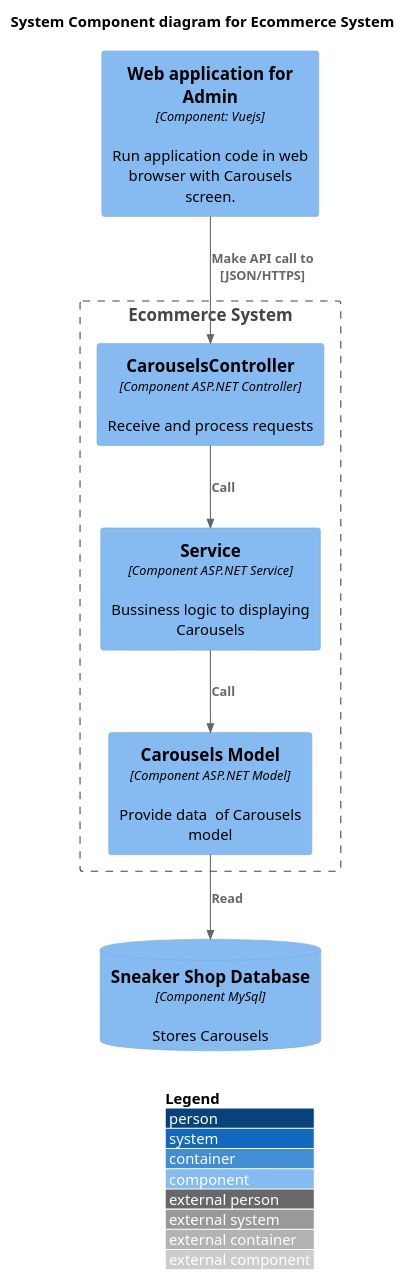
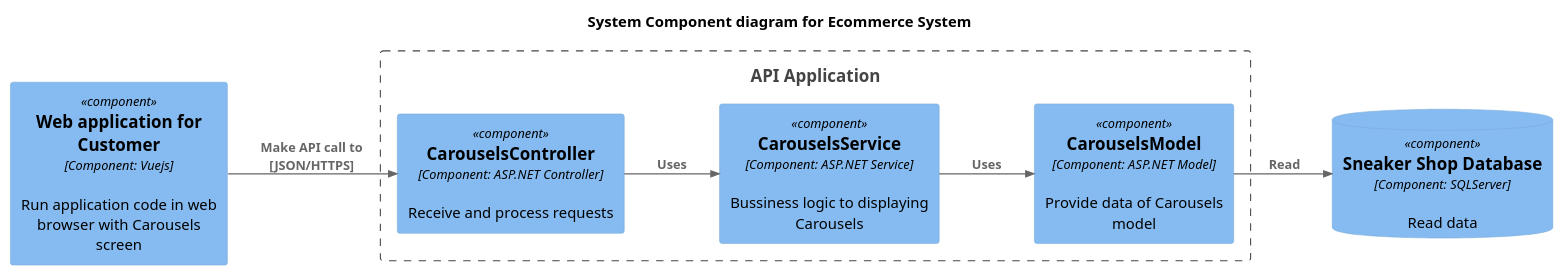
One commit to cuongchu264/PTTKHuongDoiTuong changed the diagram in C4 model/Component/CarouselsComponent.puml. Above: the diagram before and after it, drawn with PlantUML. The commit also changed 24 other files, not shown here.

Commit message:
Recheck component code

```diff
--- a/C4 model/Component/CarouselsComponent.puml
+++ b/C4 model/Component/CarouselsComponent.puml
@@ -1,23 +1,23 @@
 @startuml
 !include https://raw.githubusercontent.com/plantuml-stdlib/C4-PlantUML/master/C4_Component.puml
 ' uncomment the following line and comment the first to use locally
 ' !include C4_Component.puml
 
-LAYOUT_WITH_LEGEND()
+LAYOUT_LEFT_RIGHT()
 
 title System Component diagram for Ecommerce System
 
-Component(web_app, "Web application for Admin","Component: Vuejs", "Run application code in web browser with Carousels screen.")
-ComponentDb(db, "Sneaker Shop Database","Component MySql", "Stores Carousels")
+Component(web_app, "Web application for Customer","Component: Vuejs", "Run application code in web browser with Carousels screen")
+ComponentDb(db, "Sneaker Shop Database","Component: SQLServer", "Read data")
 
-Boundary(System, "Ecommerce System") {
-    Component(Controller, "CarouselsController", "Component ASP.NET Controller", "Receive and process requests ")
-    Component(Service, "Service","Component ASP.NET Service", "Bussiness logic to displaying Carousels ")
-    Component(model, "Carousels Model", "Component ASP.NET Model", "Provide data  of Carousels model ")
+Boundary(System, "API Application") {
+    Component(Controller, "CarouselsController", "Component: ASP.NET Controller", "Receive and process requests ")
+    Component(Service, "CarouselsService","Component: ASP.NET Service", "Bussiness logic to displaying Carousels ")
+    Component(model, "CarouselsModel", "Component: ASP.NET Model", "Provide data of Carousels model ")
 
-    Rel(Controller, Service, "Call")
-    Rel(Service, model, "Call")
+    Rel(Controller, Service, "Uses")
+    Rel(Service, model, "Uses")
     Rel(model, db, "Read")
     Rel(web_app,Controller, "Make API call to [JSON/HTTPS]")
 }
 @enduml
```
